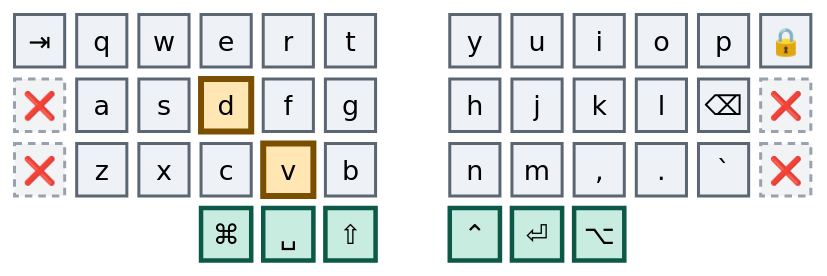
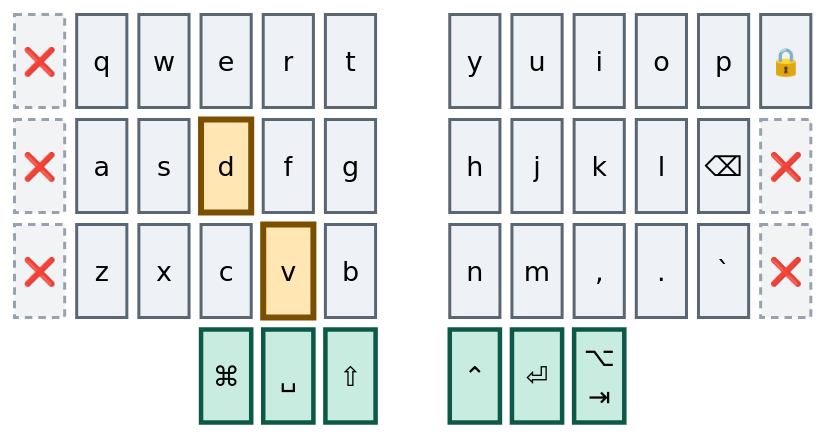
Before and after one commit to abloch/zmk-corne: the fifth of 41 diagrams in combos.md, drawn with Mermaid. The commit also changed other lines of this file and 5 other files, not shown here.

````diff
--- a/combos.md
+++ b/combos.md
@@ -129,21 +129,21 @@
 ```mermaid
 %%{init: {'theme':'base','themeVariables':{'primaryColor':'#eef1f5','primaryTextColor':'#0b0f14','primaryBorderColor':'#5b6673','nodeTextColor':'#0b0f14','textColor':'#0b0f14','mainBkg':'#eef1f5','fontSize':'18px'}}}%%
 block
 columns 13
 
-  tab["⇥"] q w e r t space y u i o p lock["🔒"]
+  tab["❌"] q w e r t space y u i o p lock["🔒"]
   x4["❌"] a s d f g space h j k l bspc["⌫"] x1["❌"]
   x2["❌"] z x c v b space n m cma[","] dot["."] grv[" `"] x3["❌"]
-  space:3 cmd["⌘"] spc["␣"] sft["⇧"] space ctl["⌃"] ent["⏎"] alt["⌥"] space:3
+  space:3 cmd["⌘"] spc["␣"] sft["⇧"] space ctl["⌃"] ent["⏎"] alt["⌥<br/>⇥"] space:3
 
   classDef anchor fill:#bfe6f0,stroke:#0a4f63,stroke-width:4px,color:#04222b
   classDef trig fill:#ffe6b3,stroke:#7a5000,stroke-width:4px,color:#2e1e00
   classDef core fill:#eef1f5,stroke:#5b6673,stroke-width:2px,color:#0b0f14
   classDef thumb fill:#c8ece0,stroke:#0b5946,stroke-width:3px,color:#06241c
   classDef dead fill:#f2f3f5,stroke:#98a2ae,stroke-width:2px,stroke-dasharray:5 4,color:#5b6673
 
   class d,v trig
-  class tab,q,w,e,r,t,y,u,i,o,p,lock,a,s,f,g,h,j,k,l,bspc,z,x,c,b,n,m,cma,dot,grv core
+  class q,w,e,r,t,y,u,i,o,p,lock,a,s,f,g,h,j,k,l,bspc,z,x,c,b,n,m,cma,dot,grv core
   class cmd,spc,sft,ctl,ent,alt thumb
-  class x1,x2,x3,x4 dead
+  class tab,x1,x2,x3,x4 dead
 ```
````
